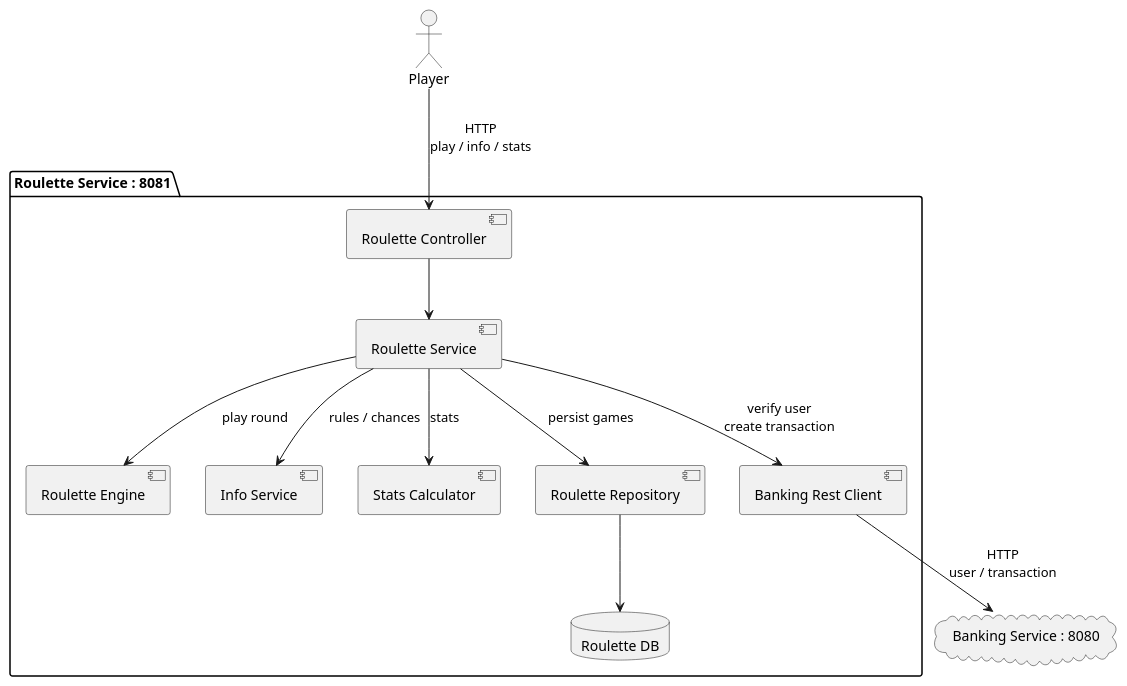
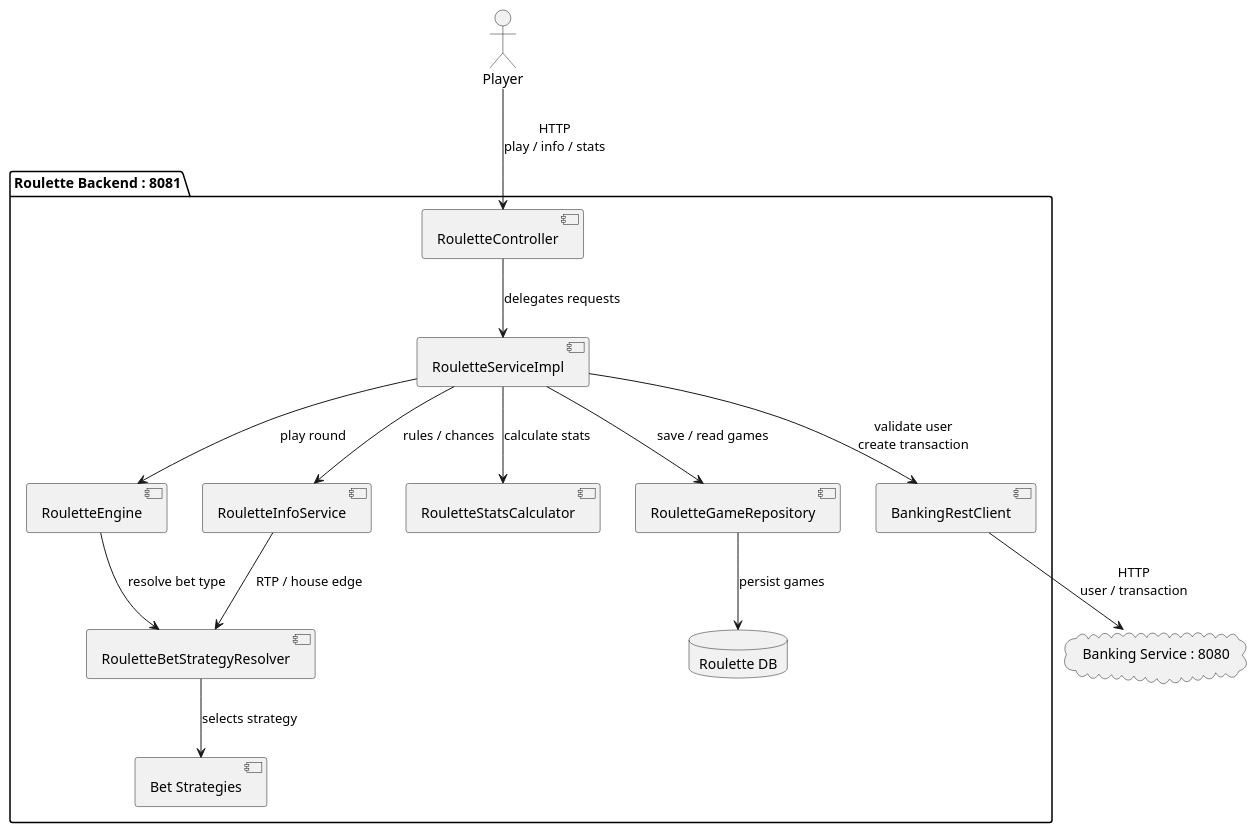
One commit to Xmenn1000/Softwareengineering-Casino-Beleg changed the diagram in roulette/RoulettePlant.puml. Above: the diagram before and after it, drawn with PlantUML. The commit also changed 31 other files, not shown here.

Commit message:
feat(roulette): finalize roulette service

```diff
--- a/roulette/RoulettePlant.puml
+++ b/roulette/RoulettePlant.puml
@@ -1,32 +1,40 @@
 @startuml
 
 actor Player
 
-package "Roulette Service : 8081" as Roulette {
+package "Roulette Backend : 8081" as RouletteBackend {
 
-    component "Roulette Controller" as RouletteController
-    component "Roulette Service" as RouletteService
-    component "Roulette Engine" as RouletteEngine
-    component "Info Service" as InfoService
-    component "Stats Calculator" as StatsCalculator
-    component "Roulette Repository" as RouletteRepo
-    database "Roulette DB" as RouletteDB
-    component "Banking Rest Client" as BankingClient
+    component "RouletteController" as Controller
+    component "RouletteServiceImpl" as Service
+    component "RouletteEngine" as Engine
+    component "RouletteInfoService" as Info
+    component "RouletteStatsCalculator" as Stats
+    component "RouletteGameRepository" as Repo
+    database "Roulette DB" as DB
 
-    RouletteController --> RouletteService
+    component "BankingRestClient" as BankingClient
 
-    RouletteService --> RouletteEngine : play round
-    RouletteService --> InfoService : rules / chances
-    RouletteService --> StatsCalculator : stats
-    RouletteService --> RouletteRepo : persist games
-    RouletteRepo --> RouletteDB
+    component "RouletteBetStrategyResolver" as Resolver
+    component "Bet Strategies" as Strategies
 
-    RouletteService --> BankingClient : verify user\ncreate transaction
+    Controller --> Service : delegates requests
+
+    Service --> Engine : play round
+    Service --> Info : rules / chances
+    Service --> Stats : calculate stats
+    Service --> Repo : save / read games
+    Service --> BankingClient : validate user\ncreate transaction
+
+    Engine --> Resolver : resolve bet type
+    Info --> Resolver : RTP / house edge
+    Resolver --> Strategies : selects strategy
+
+    Repo --> DB : persist games
 }
 
 cloud "Banking Service : 8080" as BankingService
 
-Player --> RouletteController : HTTP\nplay / info / stats
+Player --> Controller : HTTP\nplay / info / stats
 BankingClient --> BankingService : HTTP\nuser / transaction
 
 @enduml
```
